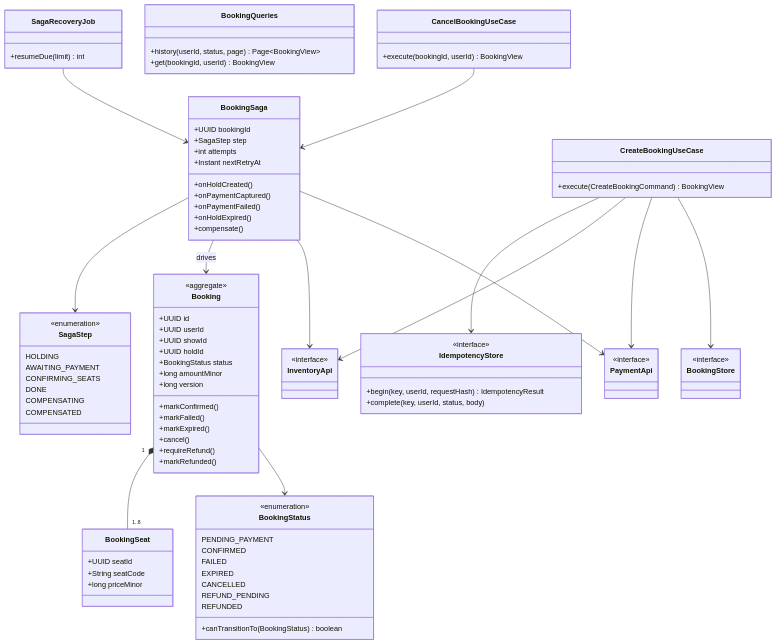
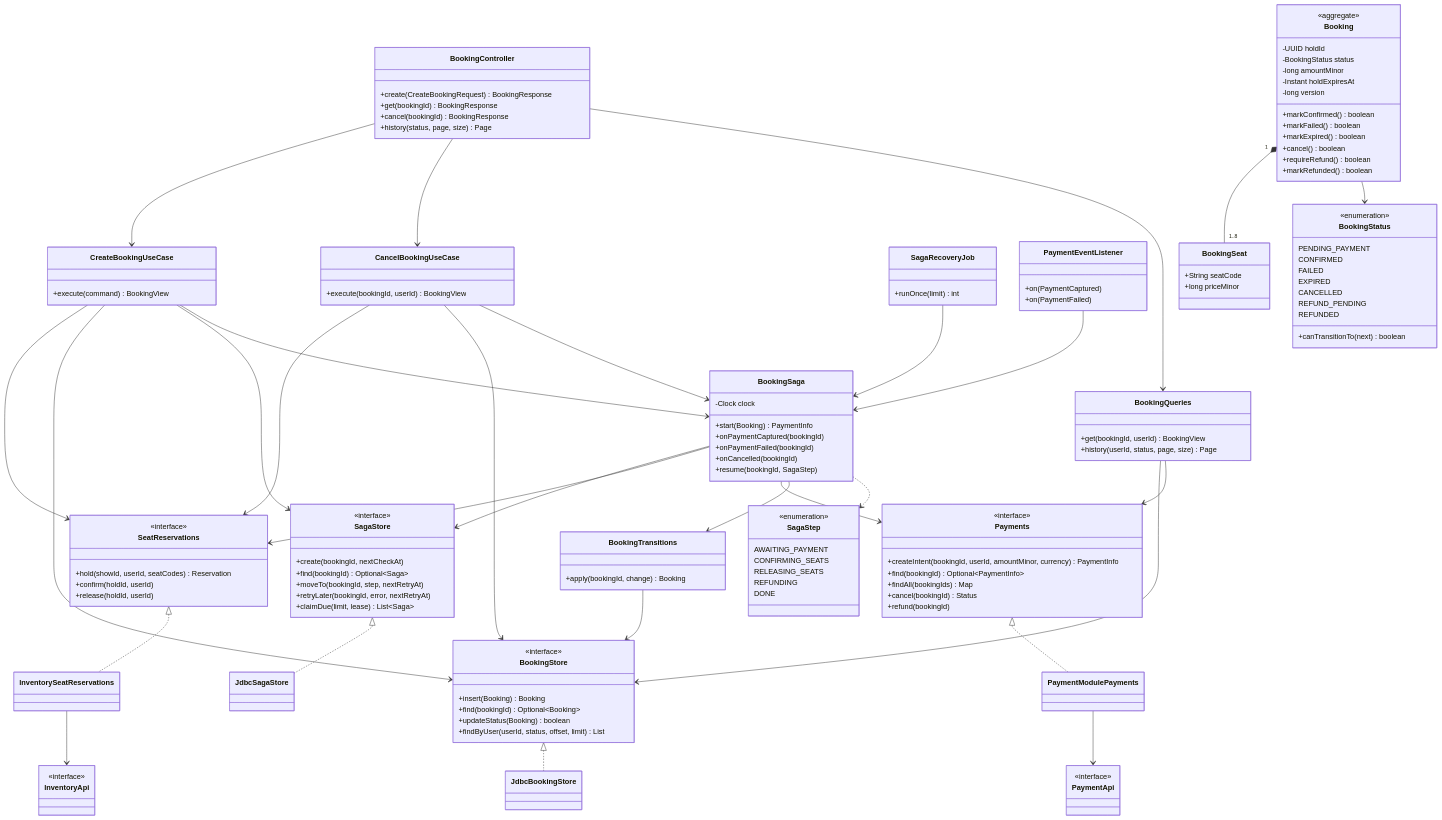
The third of 7 diagrams in docs/lld/class-diagrams.md (Vivek-122005/distributed-ticket-reservation-system), drawn with Mermaid before and after one commit. The commit also changed other lines of this file and 1 other file, not shown here.

First line of the commit message:
docs(lld): redraw class diagrams to match the built code

````diff
--- a/docs/lld/class-diagrams.md
+++ b/docs/lld/class-diagrams.md
@@ -234,24 +252,55 @@
 ```mermaid
 classDiagram
     direction TB
+    class BookingController {
+      +create(CreateBookingRequest) BookingResponse
+      +get(bookingId) BookingResponse
+      +cancel(bookingId) BookingResponse
+      +history(status, page, size) Page
+    }
+    class CreateBookingUseCase {
+      +execute(command) BookingView
+    }
+    class CancelBookingUseCase {
+      +execute(bookingId, userId) BookingView
+    }
+    class BookingQueries {
+      +get(bookingId, userId) BookingView
+      +history(userId, status, page, size) Page
+    }
+    class BookingSaga {
+      -Clock clock
+      +start(Booking) PaymentInfo
+      +onPaymentCaptured(bookingId)
+      +onPaymentFailed(bookingId)
+      +onCancelled(bookingId)
+      +resume(bookingId, SagaStep)
+    }
+    class SagaRecoveryJob {
+      +runOnce(limit) int
+    }
+    class PaymentEventListener {
+      +on(PaymentCaptured)
+      +on(PaymentFailed)
+    }
+    class BookingTransitions {
+      +apply(bookingId, change) Booking
+    }
     class Booking {
       <<aggregate>>
-      +UUID id
-      +UUID userId
-      +UUID showId
-      +UUID holdId
-      +BookingStatus status
-      +long amountMinor
-      +long version
-      +markConfirmed()
-      +markFailed()
-      +markExpired()
-      +cancel()
-      +requireRefund()
-      +markRefunded()
+      -UUID holdId
+      -BookingStatus status
+      -long amountMinor
+      -Instant holdExpiresAt
+      -long version
+      +markConfirmed() boolean
+      +markFailed() boolean
+      +markExpired() boolean
+      +cancel() boolean
+      +requireRefund() boolean
+      +markRefunded() boolean
     }
     class BookingSeat {
-      +UUID seatId
       +String seatCode
       +long priceMinor
     }
@@ -264,48 +313,44 @@
       CANCELLED
       REFUND_PENDING
       REFUNDED
-      +canTransitionTo(BookingStatus) boolean
-    }
-    class BookingSaga {
-      +UUID bookingId
-      +SagaStep step
-      +int attempts
-      +Instant nextRetryAt
-      +onHoldCreated()
-      +onPaymentCaptured()
-      +onPaymentFailed()
-      +onHoldExpired()
-      +compensate()
+      +canTransitionTo(next) boolean
     }
     class SagaStep {
       <<enumeration>>
-      HOLDING
       AWAITING_PAYMENT
       CONFIRMING_SEATS
+      RELEASING_SEATS
+      REFUNDING
       DONE
-      COMPENSATING
-      COMPENSATED
     }
-    class CreateBookingUseCase {
-      +execute(CreateBookingCommand) BookingView
+    class SeatReservations {
+      <<interface>>
+      +hold(showId, userId, seatCodes) Reservation
+      +confirm(holdId, userId)
+      +release(holdId, userId)
     }
-    class CancelBookingUseCase {
-      +execute(bookingId, userId) BookingView
-    }
-    class BookingQueries {
-      +history(userId, status, page) Page~BookingView~
-      +get(bookingId, userId) BookingView
-    }
-    class SagaRecoveryJob {
-      +resumeDue(limit) int
-    }
-    class IdempotencyStore {
+    class Payments {
       <<interface>>
-      +begin(key, userId, requestHash) IdempotencyResult
-      +complete(key, userId, status, body)
+      +createIntent(bookingId, userId, amountMinor, currency) PaymentInfo
+      +find(bookingId) Optional~PaymentInfo~
+      +findAll(bookingIds) Map
+      +cancel(bookingId) Status
+      +refund(bookingId)
     }
     class BookingStore {
       <<interface>>
+      +insert(Booking) Booking
+      +find(bookingId) Optional~Booking~
+      +updateStatus(Booking) boolean
+      +findByUser(userId, status, offset, limit) List
+    }
+    class SagaStore {
+      <<interface>>
+      +create(bookingId, nextCheckAt)
+      +find(bookingId) Optional~Saga~
+      +moveTo(bookingId, step, nextRetryAt)
+      +retryLater(bookingId, error, nextRetryAt)
+      +claimDue(limit, lease) List~Saga~
     }
     class InventoryApi {
       <<interface>>
@@ -313,16 +358,32 @@
     class PaymentApi {
       <<interface>>
     }
+    BookingController --> CreateBookingUseCase
+    BookingController --> CancelBookingUseCase
+    BookingController --> BookingQueries
+    CreateBookingUseCase --> SeatReservations
+    CreateBookingUseCase --> BookingStore
+    CreateBookingUseCase --> SagaStore
+    CreateBookingUseCase --> BookingSaga
+    CancelBookingUseCase --> SeatReservations
+    CancelBookingUseCase --> BookingStore
+    CancelBookingUseCase --> BookingSaga
+    BookingQueries --> BookingStore
+    BookingQueries --> Payments
+    SagaRecoveryJob --> BookingSaga
+    PaymentEventListener --> BookingSaga
+    BookingSaga --> SagaStore
+    BookingSaga --> SeatReservations
+    BookingSaga --> Payments
+    BookingSaga --> BookingTransitions
+    BookingSaga ..> SagaStep
+    BookingTransitions --> BookingStore
     Booking "1" *-- "1..8" BookingSeat
     Booking --> BookingStatus
-    BookingSaga --> SagaStep
-    BookingSaga --> Booking : drives
-    CreateBookingUseCase --> IdempotencyStore
-    CreateBookingUseCase --> InventoryApi
-    CreateBookingUseCase --> PaymentApi
-    CreateBookingUseCase --> BookingStore
-    BookingSaga --> InventoryApi
-    BookingSaga --> PaymentApi
-    SagaRecoveryJob --> BookingSaga
-    CancelBookingUseCase --> BookingSaga
+    SeatReservations <|.. InventorySeatReservations
+    Payments <|.. PaymentModulePayments
+    BookingStore <|.. JdbcBookingStore
+    SagaStore <|.. JdbcSagaStore
+    InventorySeatReservations --> InventoryApi
+    PaymentModulePayments --> PaymentApi
 ```
````
